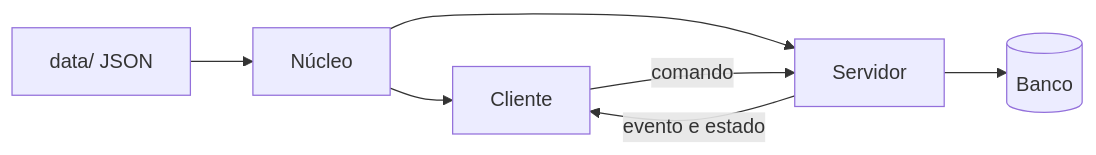
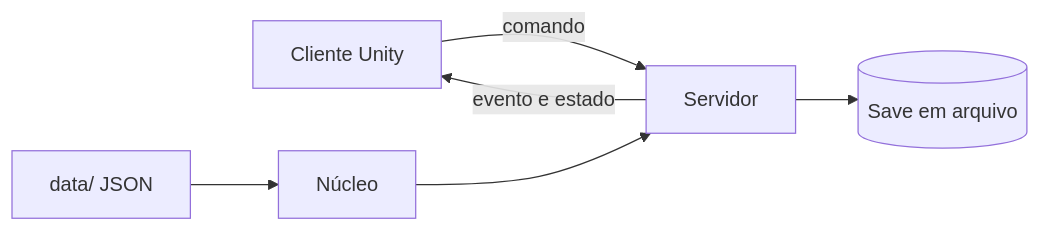
Before and after one commit to sidinei-silva/eras-do-brasil: the second of 3 diagrams in docs/03-tecnico.md, drawn with Mermaid. The commit also changed other lines of this file and 17 other files, not shown here.

````diff
--- a/docs/03-tecnico.md
+++ b/docs/03-tecnico.md
@@ -33,9 +43,8 @@
 ```mermaid
 flowchart LR
-  Cl[Cliente] -->|comando| Sv[Servidor]
+  Cl[Cliente Unity] -->|comando| Sv[Servidor]
   Sv -->|evento e estado| Cl
   N[Núcleo] --> Sv
-  N --> Cl
   D[data/ JSON] --> N
-  Sv --> DB[(Banco)]
+  Sv --> F[(Save em arquivo)]
 ```
````
